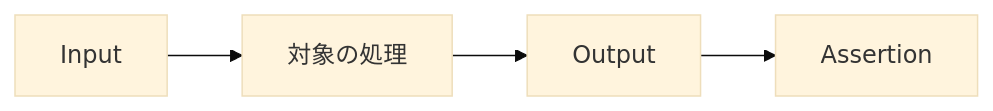
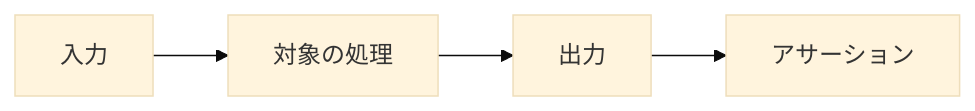
One commit to Rerurate514/riebeckite changed the second of 6 diagrams in docs/docs/framework/testing.ja.md. Above: the diagram before and after it, drawn with Mermaid (base theme). The commit also changed other lines of this file and 310 other files, not shown here.

````diff
--- a/docs/docs/framework/testing.ja.md
+++ b/docs/docs/framework/testing.ja.md
@@ -262,11 +185,11 @@
 ```mermaid
 flowchart LR
-    Input["Input"]
+    Input["入力"]
     Function["対象の処理"]
-    Output["Output"]
-    Assert["Assertion"]
+    Output["出力"]
+    Assert["アサーション"]
 
     Input --> Function
     Function --> Output
     Output --> Assert
 ```
````
